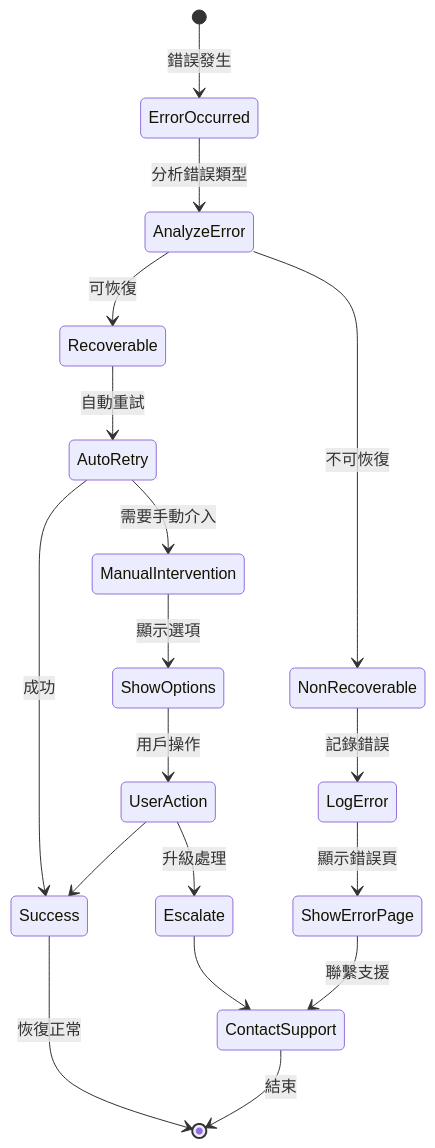
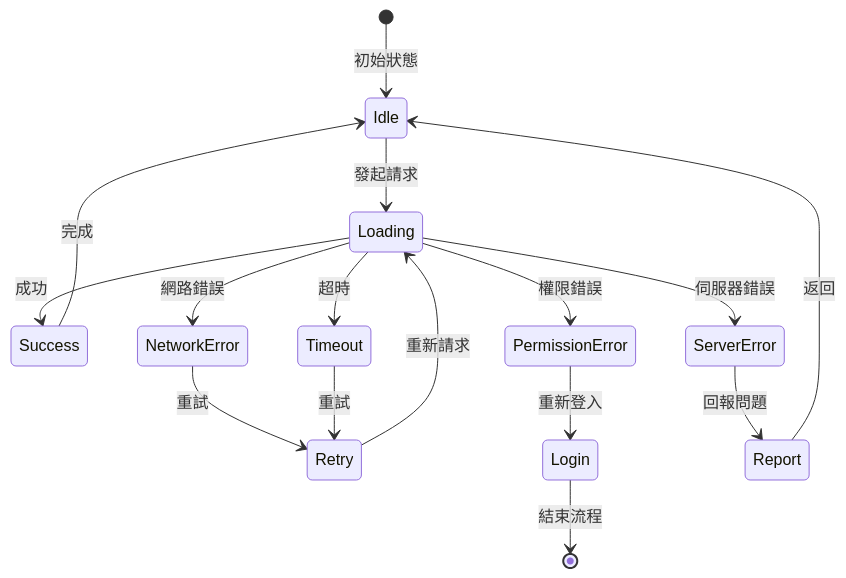
One commit to SkylerChenTaiwan/DonnaAI-1.0 changed the sixth of 6 diagrams in docs/ux/web-platform-foundation-user-flow.md. Above: the diagram before and after it, drawn with Mermaid. The commit also changed other lines of this file and 32 other files, not shown here.

````diff
--- a/docs/ux/web-platform-foundation-user-flow.md
+++ b/docs/ux/web-platform-foundation-user-flow.md
@@ -388,26 +263,23 @@
 ```mermaid
 stateDiagram-v2
-    [*] --> ErrorOccurred: 錯誤發生
+    [*] --> Idle: 初始狀態
     
-    ErrorOccurred --> AnalyzeError: 分析錯誤類型
+    Idle --> Loading: 發起請求
     
-    AnalyzeError --> Recoverable: 可恢復
-    AnalyzeError --> NonRecoverable: 不可恢復
+    Loading --> Success: 成功
+    Loading --> NetworkError: 網路錯誤
+    Loading --> PermissionError: 權限錯誤
+    Loading --> ServerError: 伺服器錯誤
+    Loading --> Timeout: 超時
     
-    Recoverable --> AutoRetry: 自動重試
-    AutoRetry --> Success: 成功
-    AutoRetry --> ManualIntervention: 需要手動介入
+    Success --> Idle: 完成
     
-    ManualIntervention --> ShowOptions: 顯示選項
-    ShowOptions --> UserAction: 用戶操作
-    UserAction --> Success
-    UserAction --> Escalate: 升級處理
+    NetworkError --> Retry: 重試
+    PermissionError --> Login: 重新登入
+    ServerError --> Report: 回報問題
+    Timeout --> Retry: 重試
     
-    NonRecoverable --> LogError: 記錄錯誤
-    LogError --> ShowErrorPage: 顯示錯誤頁
-    ShowErrorPage --> ContactSupport: 聯繫支援
-    
-    Success --> [*]: 恢復正常
-    Escalate --> ContactSupport
-    ContactSupport --> [*]: 結束
+    Retry --> Loading: 重新請求
+    Login --> [*]: 結束流程
+    Report --> Idle: 返回
 ```
````
